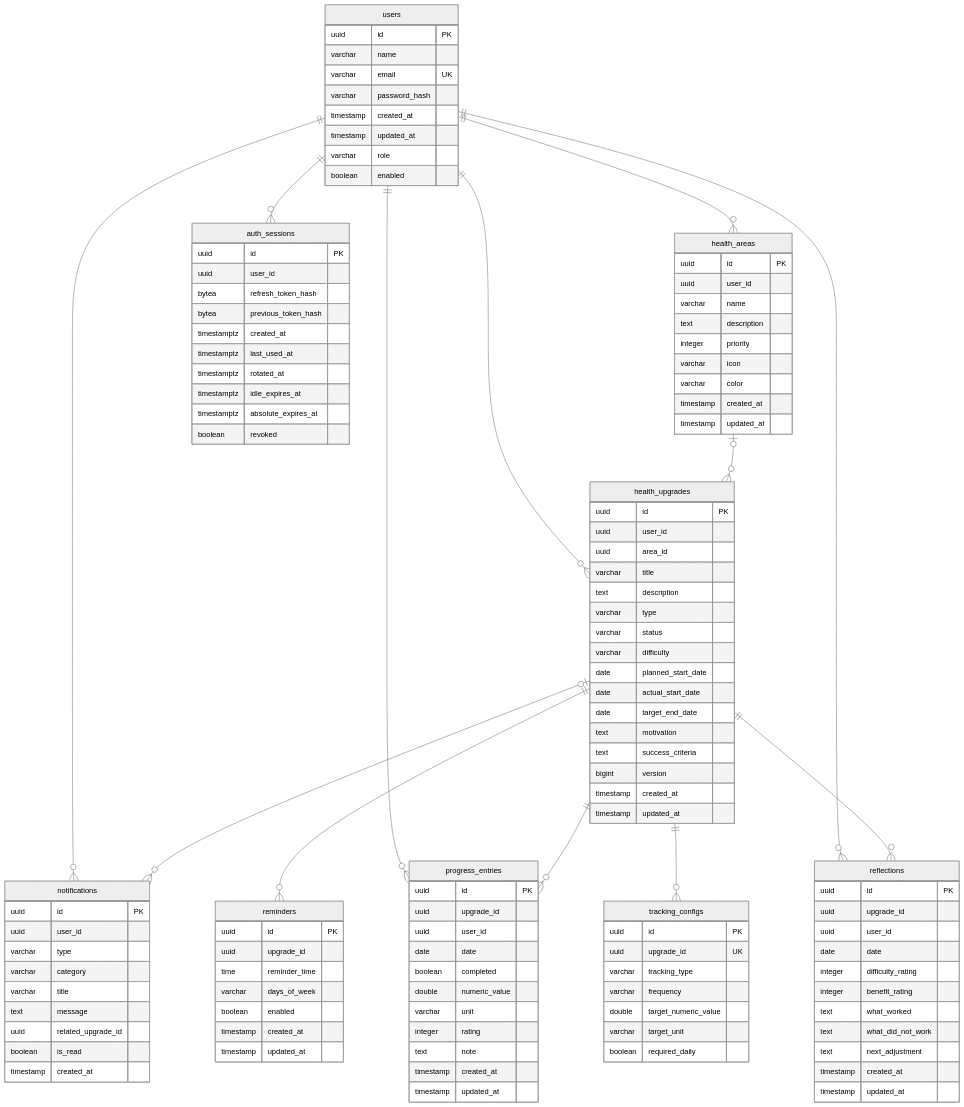
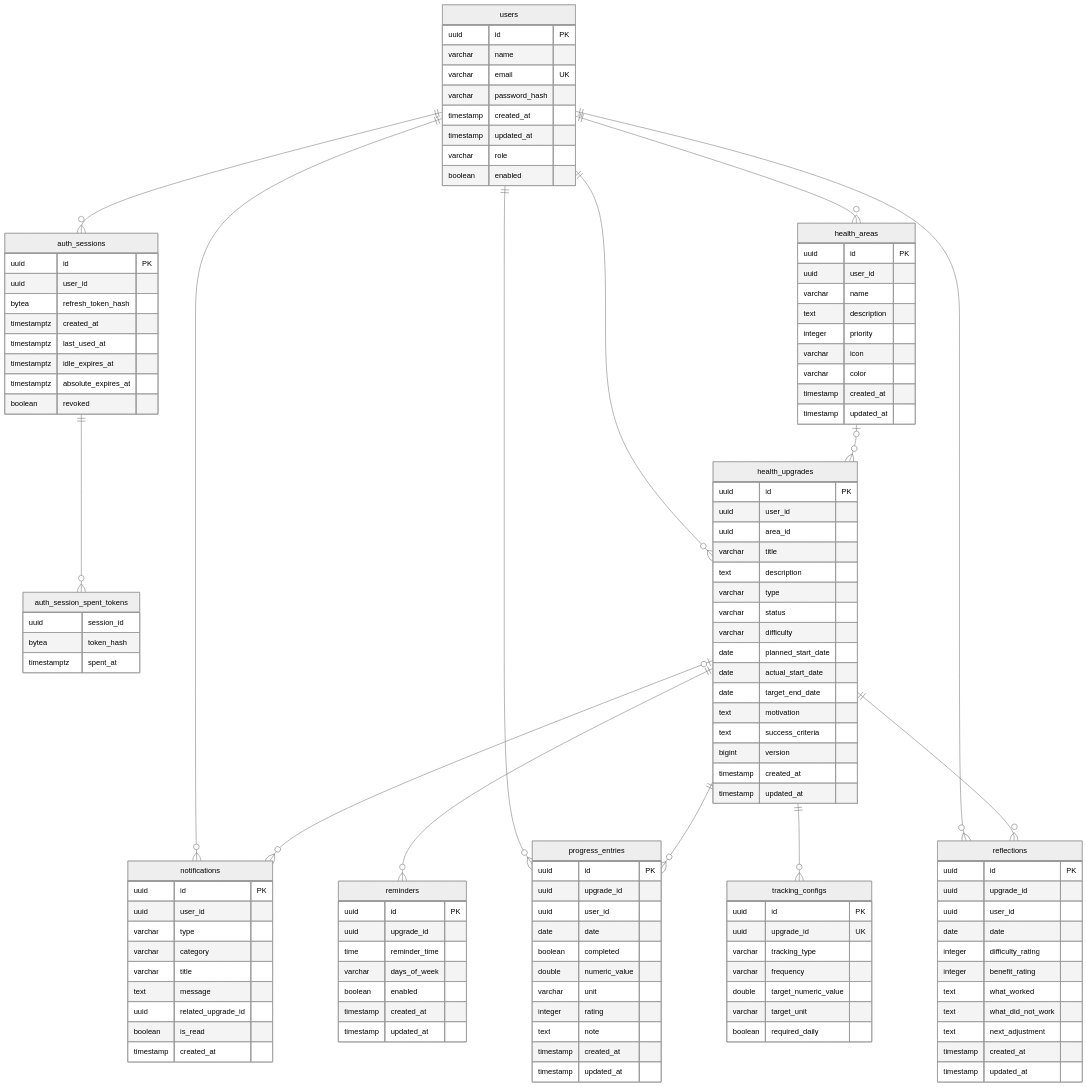
Before and after one commit to NaimElijah/UpHealther: the seventh of 7 diagrams in docs/architecture/arch-diagrams/README.md, drawn with Mermaid (neutral theme). The commit also changed other lines of this file and 12 other files, not shown here.

````diff
--- a/docs/architecture/arch-diagrams/README.md
+++ b/docs/architecture/arch-diagrams/README.md
@@ -444,5 +444,6 @@
 ```mermaid
 erDiagram
+    auth_sessions ||--o{ auth_session_spent_tokens : ""
     health_areas |o--o{ health_upgrades : ""
     health_upgrades |o--o{ notifications : ""
     health_upgrades ||--o{ progress_entries : ""
@@ -554,12 +555,15 @@
         uuid id PK
         uuid user_id
         bytea refresh_token_hash
-        bytea previous_token_hash
         timestamptz created_at
         timestamptz last_used_at
-        timestamptz rotated_at
         timestamptz idle_expires_at
         timestamptz absolute_expires_at
         boolean revoked
     }
+    auth_session_spent_tokens {
+        uuid session_id
+        bytea token_hash
+        timestamptz spent_at
+    }
 ```
````
